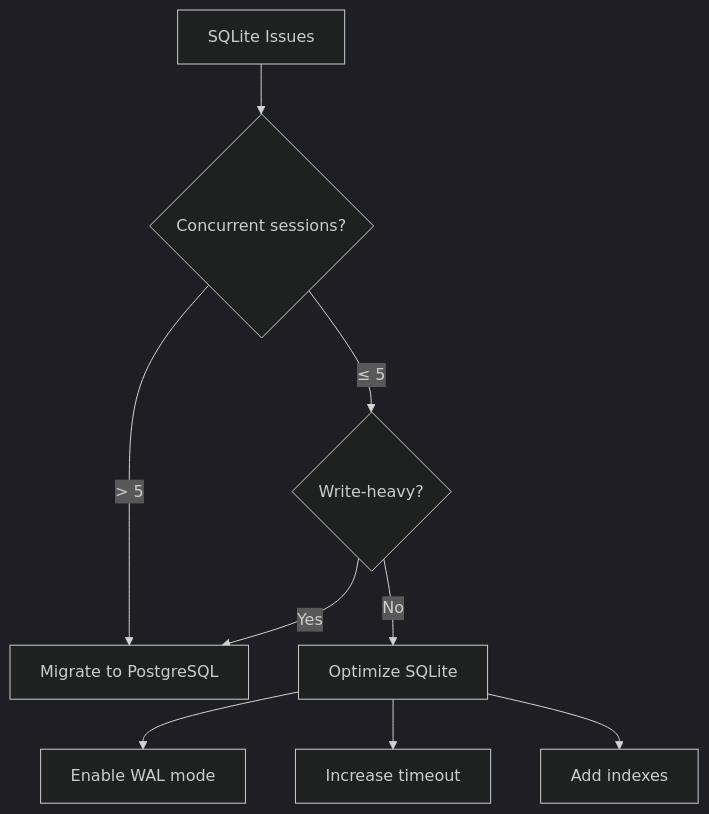
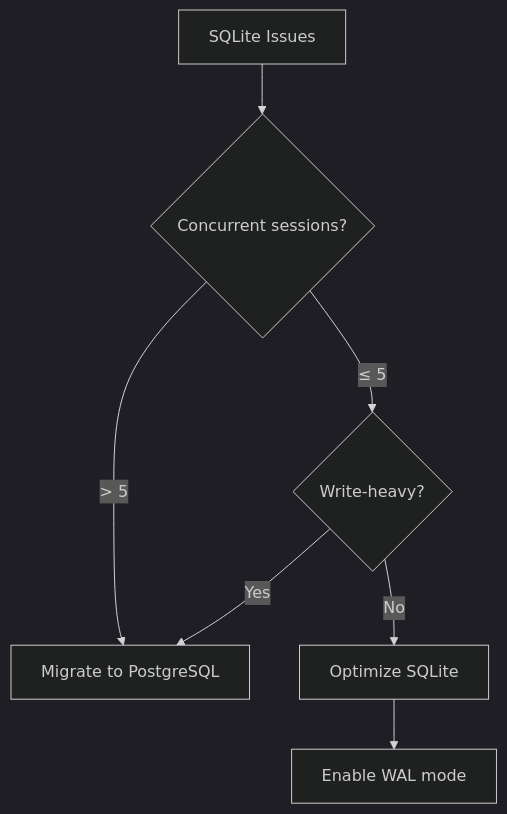
One commit to Carnaval-Team/VentIQ-seller-App changed the third of 3 diagrams in ventiq_admin_app/docs_wapi/12-troubleshooting-faq.md. Above: the diagram before and after it, drawn with Mermaid (dark theme). The commit also changed other lines of this file and 39 other files, not shown here.

````diff
--- a/ventiq_admin_app/docs_wapi/12-troubleshooting-faq.md
+++ b/ventiq_admin_app/docs_wapi/12-troubleshooting-faq.md
@@ -422,12 +898,10 @@
 ```mermaid
 flowchart TD
     A[SQLite Issues] --> B{Concurrent sessions?}
     B -->|> 5| C[Migrate to PostgreSQL]
     B -->|≤ 5| D{Write-heavy?}
     D -->|Yes| C
     D -->|No| E[Optimize SQLite]
 
     E --> E1[Enable WAL mode]
-    E --> E2[Increase timeout]
-    E --> E3[Add indexes]
 ```
````
